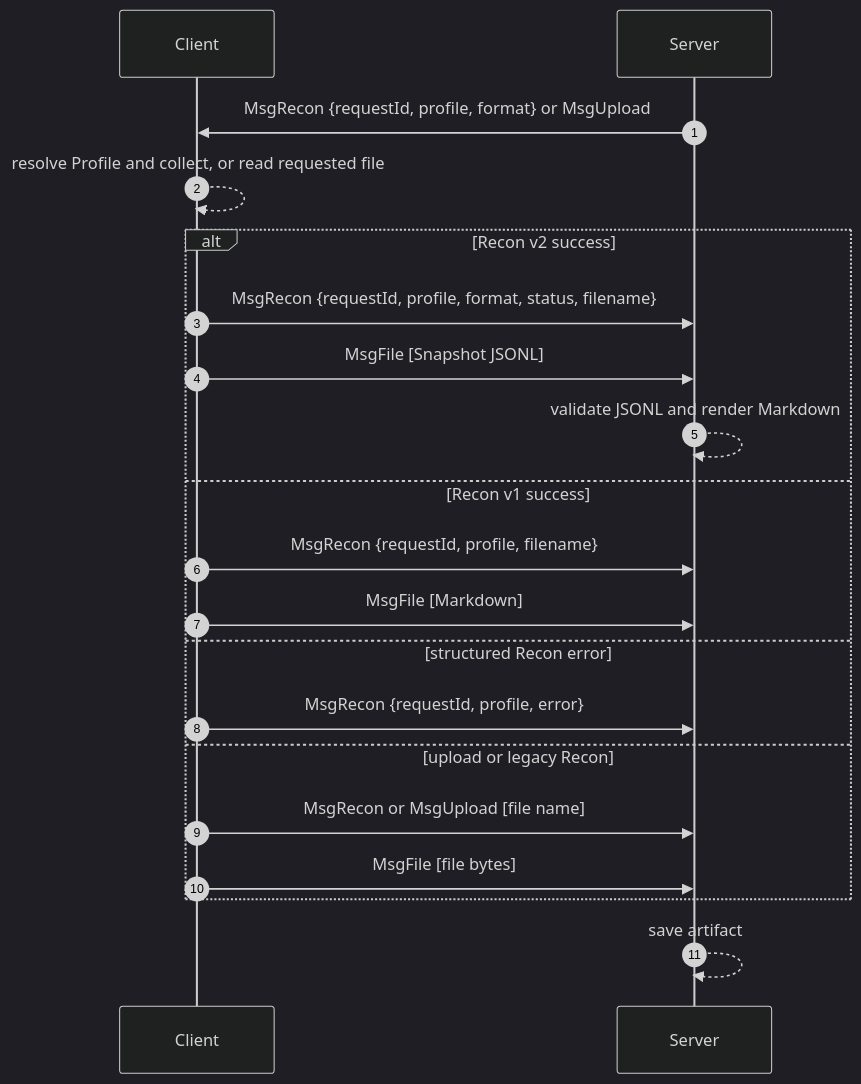
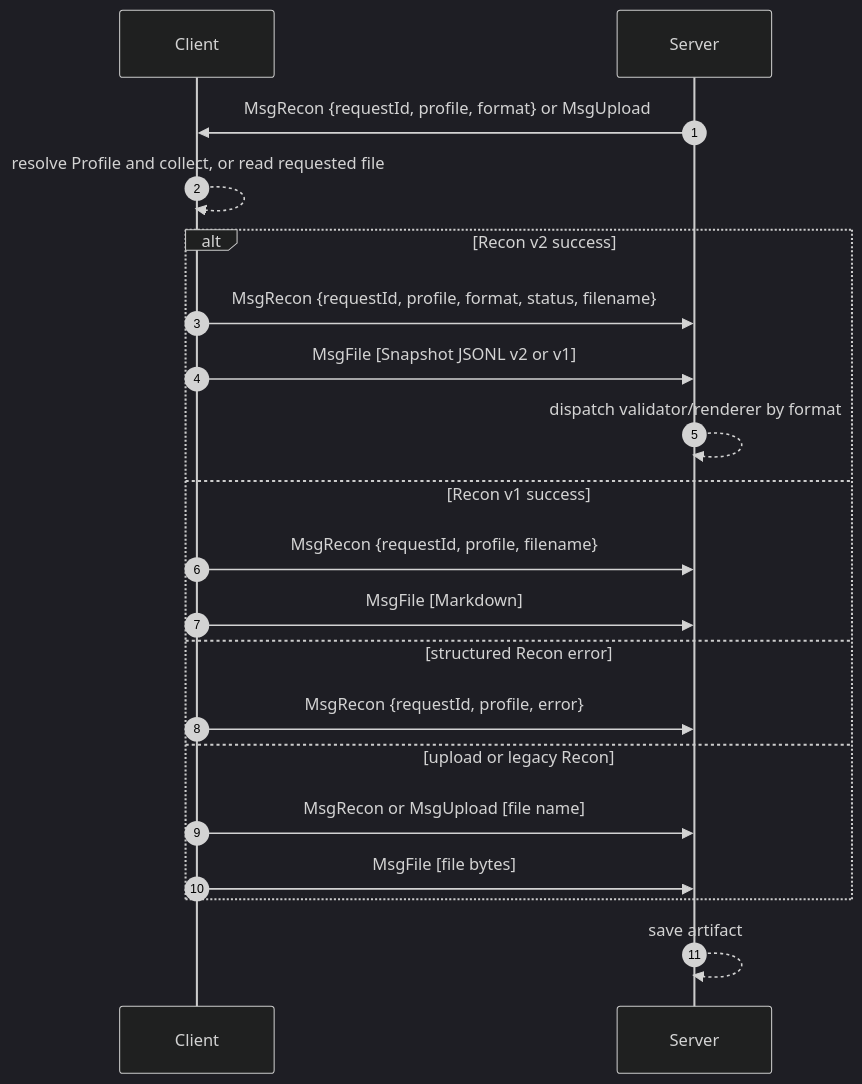
The second of 6 diagrams in content/docs/(siren)/protocol.mdx (SignorMercurio/siren_docs), drawn with Mermaid (dark theme) before and after one commit. The commit also changed other lines of this file and 4 other files, not shown here.

````diff
--- a/content/docs/(siren)/protocol.mdx
+++ b/content/docs/(siren)/protocol.mdx
@@ -127,22 +129,22 @@
 ```mermaid
 sequenceDiagram
     autonumber
     participant C as Client
     participant S as Server
     S->>C: MsgRecon {requestId, profile, format} or MsgUpload
     C-->>C: resolve Profile and collect, or read requested file
     alt Recon v2 success
         C->>S: MsgRecon {requestId, profile, format, status, filename}
-        C->>S: MsgFile [Snapshot JSONL]
-        S-->>S: validate JSONL and render Markdown
+        C->>S: MsgFile [Snapshot JSONL v2 or v1]
+        S-->>S: dispatch validator/renderer by format
     else Recon v1 success
         C->>S: MsgRecon {requestId, profile, filename}
         C->>S: MsgFile [Markdown]
     else structured Recon error
         C->>S: MsgRecon {requestId, profile, error}
     else upload or legacy Recon
         C->>S: MsgRecon or MsgUpload [file name]
         C->>S: MsgFile [file bytes]
     end
     S-->>S: save artifact
 ```
````
